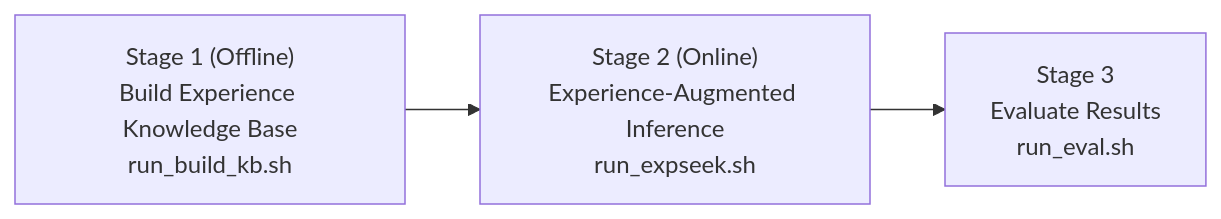
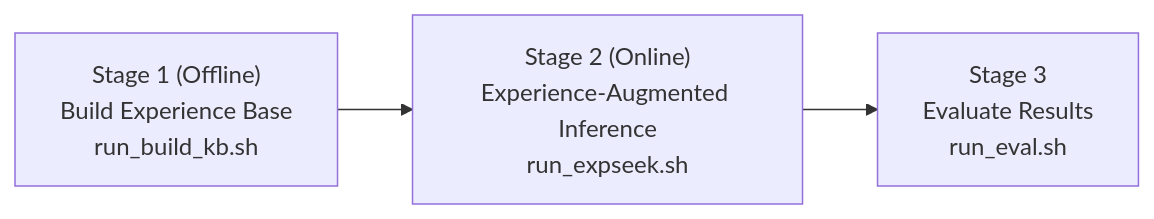
One commit to WYRipple/ExpSeek changed the diagram in doc/expseek_documentation.md. Above: the diagram before and after it, drawn with Mermaid. The commit also changed other lines of this file, not shown here.

````diff
--- a/doc/expseek_documentation.md
+++ b/doc/expseek_documentation.md
@@ -30,7 +30,7 @@
 ```mermaid
 graph LR
-    A["Stage 1 (Offline)<br/>Build Experience Knowledge Base<br/>run_build_kb.sh"]
+    A["Stage 1 (Offline)<br/>Build Experience Base<br/>run_build_kb.sh"]
     B["Stage 2 (Online)<br/>Experience-Augmented Inference<br/>run_expseek.sh"]
     C["Stage 3<br/>Evaluate Results<br/>run_eval.sh"]
     A --> B --> C
 ```
````
